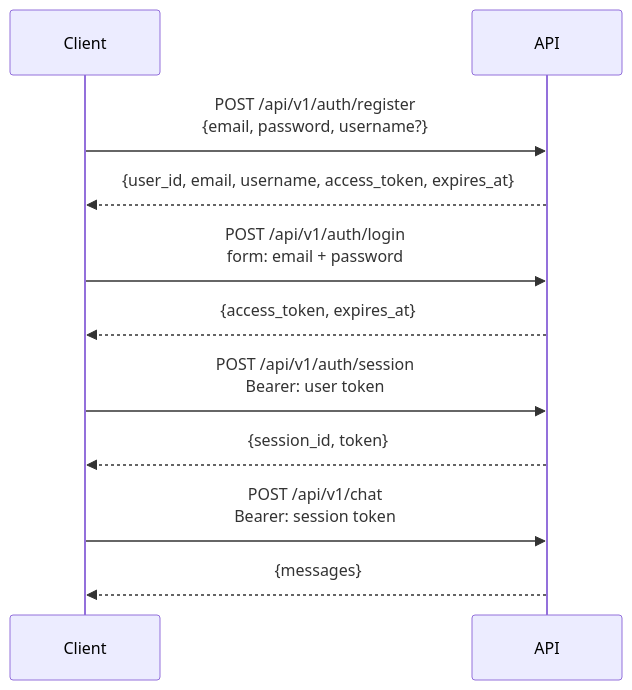
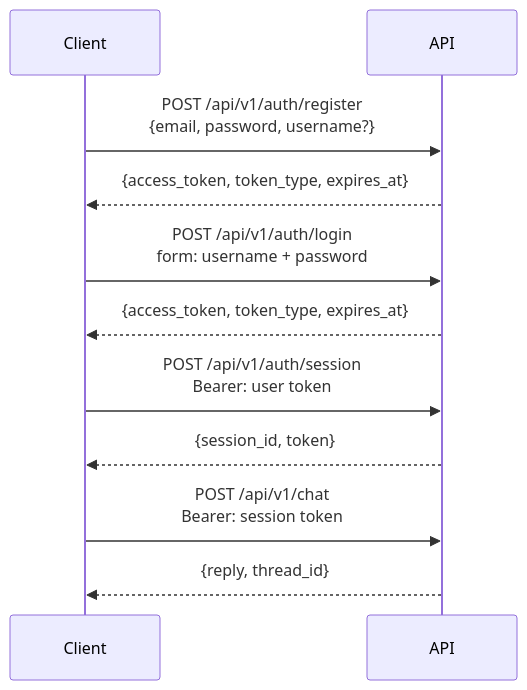
Before and after one commit to dinoesau/langgraph-template: the diagram in docs/authentication.md, drawn with Mermaid. The commit also changed 4 other files, not shown here.

Commit message:
fix(s4-4): mermaid shapes, retention pin, crafting tests, guard

````diff
--- a/docs/authentication.md
+++ b/docs/authentication.md
@@ -18,17 +18,17 @@
 ```mermaid
 sequenceDiagram
     participant C as Client
     participant A as API
 
     C->>A: POST /api/v1/auth/register<br/>{email, password, username?}
-    A-->>C: {user_id, email, username, access_token, expires_at}
+    A-->>C: {access_token, token_type, expires_at}
 
-    C->>A: POST /api/v1/auth/login<br/>form: email + password
-    A-->>C: {access_token, expires_at}
+    C->>A: POST /api/v1/auth/login<br/>form: username + password
+    A-->>C: {access_token, token_type, expires_at}
 
     C->>A: POST /api/v1/auth/session<br/>Bearer: user token
     A-->>C: {session_id, token}
 
     C->>A: POST /api/v1/chat<br/>Bearer: session token
-    A-->>C: {messages}
+    A-->>C: {reply, thread_id}
 ```
````
